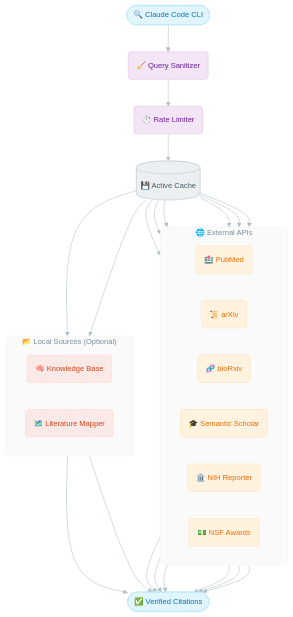
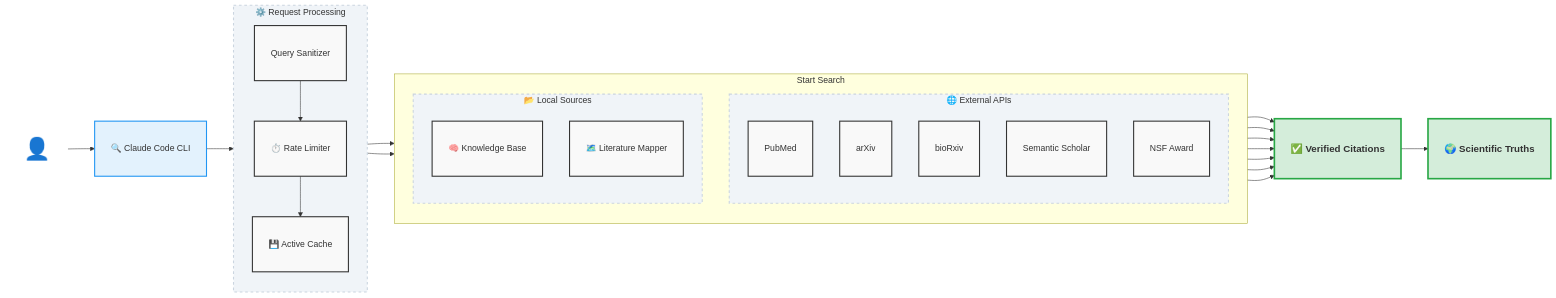
The diagram in science-grounded/README.md (judepj/skills), drawn with Mermaid before and after one commit.

Commit message:
Update architecture diagram - LR flow with nested subgraphs
🤖 Generated with [Claude Code](https://claude.com/claude-code)

````diff
--- a/science-grounded/README.md
+++ b/science-grounded/README.md
@@ -16,39 +16,52 @@
 ```mermaid
-%%{init: {'theme': 'base', 'themeVariables': { 'primaryColor': '#fdfdfd', 'edgeLabelBackground':'#ffffff', 'fontFamily': 'inter, sans-serif', 'fontSize': '14px', 'lineColor': '#b0bec5'}}}%%
-graph TD
-    classDef terminal fill:#e1f5fe,stroke:#b3e5fc,stroke-width:1px,color:#0277bd,rx:10,ry:10;
-    classDef middleware fill:#f3e5f5,stroke:#e1bee7,stroke-width:1px,color:#6a1b9a,rx:5,ry:5;
-    classDef cache fill:#eceff1,stroke:#cfd8dc,stroke-width:2px,color:#455a64,rx:5,ry:5;
-    classDef apiSource fill:#fff3e0,stroke:#ffe0b2,stroke-width:1px,color:#ef6c00,rx:5,ry:5;
-    classDef localSource fill:#fbe9e7,stroke:#ffccbc,stroke-width:1px,color:#d84315,stroke-dasharray: 5 3,rx:5,ry:5;
-    classDef containerStyle fill:#fafafa,stroke:#f0f0f0,stroke-width:1px,color:#78909c,rx:10,ry:10;
+flowchart LR
+    classDef default fill:#f9f9f9,stroke:#333,stroke-width:2px,font-size:16px,font-family:Arial,padding:10px;
+    classDef highlight fill:#d4edda,stroke:#28a745,stroke-width:3px,font-size:18px,font-weight:bold;
+    classDef userNode fill:#fff,stroke:none,font-size:40px;
+    classDef container fill:#f0f4f8,stroke:#cbd5e0,stroke-width:2px,stroke-dasharray: 5 5;
+    classDef cli fill:#e3f2fd,stroke:#2196f3,stroke-width:2px;
 
-    Start(["🔍 Claude Code CLI"]):::terminal --> Sanitizer("🧹 Query Sanitizer"):::middleware
-    Sanitizer --> RateLimiter("⏱️ Rate Limiter"):::middleware
-    RateLimiter --> Cache[("💾 Active Cache")]:::cache
+    User(["👤"]):::userNode
+    CLI[🔍 Claude Code CLI]:::cli
 
-    Cache --> PubMed & arXiv & bioRxiv & SemSch & NIH & NSF
-    Cache --> LKB & LitMap
-
-    subgraph SG_APIs ["🌐 External APIs"]
-        direction LR
-        PubMed("🏥 PubMed"):::apiSource
-        arXiv("📜 arXiv"):::apiSource
-        bioRxiv("🧬 bioRxiv"):::apiSource
-        SemSch("🎓 Semantic Scholar"):::apiSource
-        NIH("🏛️ NIH Reporter"):::apiSource
-        NSF("💵 NSF Awards"):::apiSource
+    subgraph Middleware ["⚙️ Request Processing"]
+        direction TB
+        Sanitizer[Query Sanitizer]
+        Limiter[⏱️ Rate Limiter]
+        Cache[💾 Active Cache]
     end
 
-    subgraph SG_Local ["📂 Local Sources (Optional)"]
-        direction LR
-        LKB("🧠 Knowledge Base"):::localSource
-        LitMap("🗺️ Literature Mapper"):::localSource
+    subgraph Sources ["Start Search"]
+        direction TB
+
+        subgraph External ["🌐 External APIs"]
+            direction TB
+            PubMed[PubMed]
+            arXiv[arXiv]
+            bioRxiv[bioRxiv]
+            SemSch[Semantic Scholar]
+            NSF[NSF Award]
+        end
+
+        subgraph Local ["📂 Local Sources"]
+            direction TB
+            KB[🧠 Knowledge Base]
+            Mapper[🗺️ Literature Mapper]
+        end
     end
 
-    PubMed & arXiv & bioRxiv & SemSch & NIH & NSF --> End(["✅ Verified Citations"]):::terminal
-    LKB & LitMap --> End
+    Verified[✅ Verified Citations]:::highlight
+    Truths[🌍 Scientific Truths]:::highlight
 
-    class SG_APIs,SG_Local containerStyle;
-    linkStyle default stroke:#b0bec5,stroke-width:1px,fill:none;
+    User --> CLI
+    CLI --> Middleware
+    Sanitizer --> Limiter --> Cache
+    Cache --> External
+    Cache --> Local
+    PubMed & arXiv & bioRxiv & SemSch & NSF --> Verified
+    KB & Mapper --> Verified
+    Verified --> Truths
+
+    class Middleware container
+    class External,Local container
 ```
````
